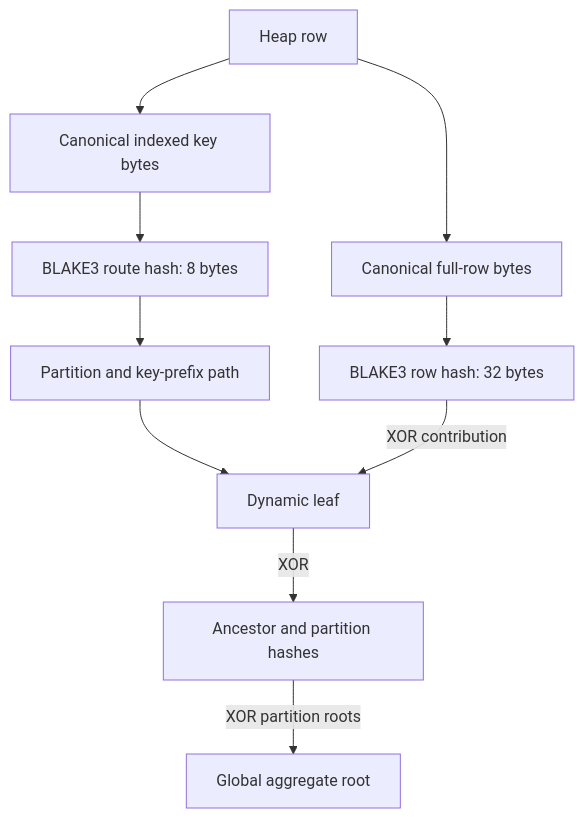
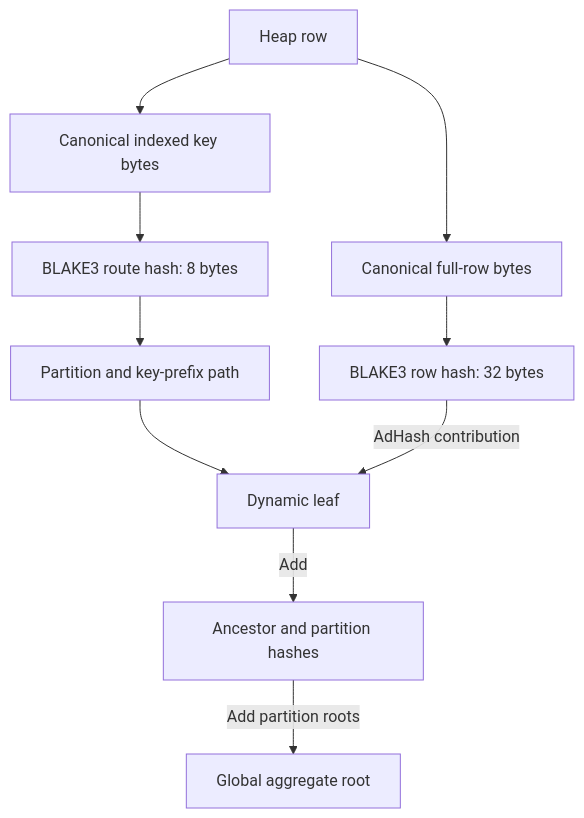
One commit to NeelParekh17/ARIABC_MERKLE changed the first of 2 diagrams in README_MERKLE.md. Above: the diagram before and after it, drawn with Mermaid. The commit also changed other lines of this file and 12 other files, not shown here.

````diff
--- a/README_MERKLE.md
+++ b/README_MERKLE.md
@@ -16,12 +18,12 @@
 ```mermaid
 flowchart TD
     Row[Heap row] --> Key[Canonical indexed key bytes]
     Row --> Value[Canonical full-row bytes]
     Key --> Route[BLAKE3 route hash: 8 bytes]
     Route --> Partition[Partition and key-prefix path]
     Value --> Hash[BLAKE3 row hash: 32 bytes]
     Partition --> Leaf[Dynamic leaf]
-    Hash -->|XOR contribution| Leaf
-    Leaf -->|XOR| Ancestors[Ancestor and partition hashes]
-    Ancestors -->|XOR partition roots| Root[Global aggregate root]
+    Hash -->|AdHash contribution| Leaf
+    Leaf -->|Add| Ancestors[Ancestor and partition hashes]
+    Ancestors -->|Add partition roots| Root[Global aggregate root]
 ```
````
